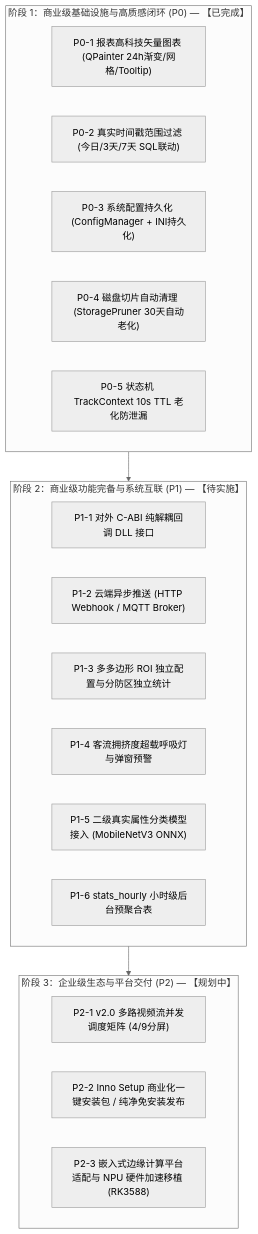
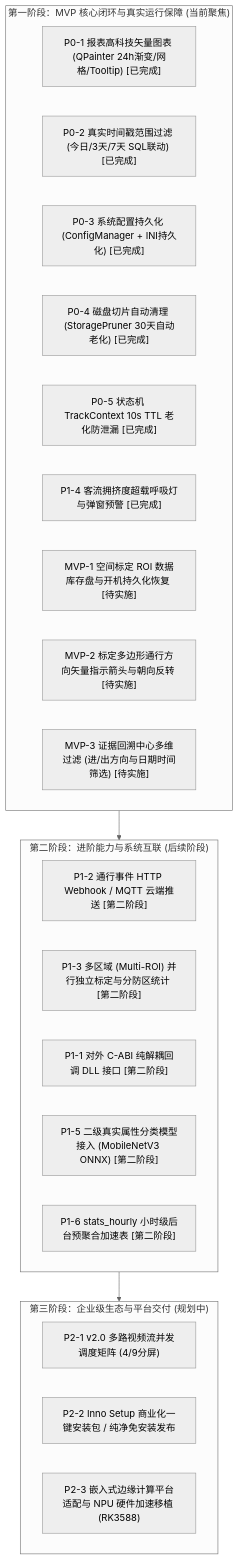
One commit to huangjingpei/FlowSight changed the second of 2 diagrams in docs/06-FlowSight_商业化核心功能缺口分析与分期演进路线图.md. Above: the diagram before and after it, drawn with Mermaid (neutral theme). The commit also changed other lines of this file, not shown here.

Commit message:
docs: mark P1-2 and P1-3 as Phase 2 and refine MVP phase boundary

````diff
--- a/docs/06-FlowSight_商业化核心功能缺口分析与分期演进路线图.md
+++ b/docs/06-FlowSight_商业化核心功能缺口分析与分期演进路线图.md
@@ -131,28 +131,31 @@
 ```mermaid
 graph TD
-    subgraph P0["阶段 1：商业级基础设施与高质感闭环 (P0) — 【已完成】"]
-        P0_1["P0-1 报表高科技矢量图表 (QPainter 24h渐变/网格/Tooltip)"]
-        P0_2["P0-2 真实时间戳范围过滤 (今日/3天/7天 SQL联动)"]
-        P0_3["P0-3 系统配置持久化 (ConfigManager + INI持久化)"]
-        P0_4["P0-4 磁盘切片自动清理 (StoragePruner 30天自动老化)"]
-        P0_5["P0-5 状态机 TrackContext 10s TTL 老化防泄漏"]
+    subgraph Phase1["第一阶段：MVP 核心闭环与真实运行保障 (当前聚焦)"]
+        P0_1["P0-1 报表高科技矢量图表 (QPainter 24h渐变/网格/Tooltip) [已完成]"]
+        P0_2["P0-2 真实时间戳范围过滤 (今日/3天/7天 SQL联动) [已完成]"]
+        P0_3["P0-3 系统配置持久化 (ConfigManager + INI持久化) [已完成]"]
+        P0_4["P0-4 磁盘切片自动清理 (StoragePruner 30天自动老化) [已完成]"]
+        P0_5["P0-5 状态机 TrackContext 10s TTL 老化防泄漏 [已完成]"]
+        P1_4["P1-4 客流拥挤度超载呼吸灯与弹窗预警 [已完成]"]
+        MVP_1["MVP-1 空间标定 ROI 数据库存盘与开机持久化恢复 [待实施]"]
+        MVP_2["MVP-2 标定多边形通行方向矢量指示箭头与朝向反转 [待实施]"]
+        MVP_3["MVP-3 证据回溯中心多维过滤 (进/出方向与日期时间筛选) [待实施]"]
     end
 
-    subgraph P1["阶段 2：商业级功能完备与系统互联 (P1) — 【待实施】"]
-        P1_1["P1-1 对外 C-ABI 纯解耦回调 DLL 接口"]
-        P1_2["P1-2 云端异步推送 (HTTP Webhook / MQTT Broker)"]
-        P1_3["P1-3 多多边形 ROI 独立配置与分防区独立统计"]
-        P1_4["P1-4 客流拥挤度超载呼吸灯与弹窗预警"]
-        P1_5["P1-5 二级真实属性分类模型接入 (MobileNetV3 ONNX)"]
-        P1_6["P1-6 stats_hourly 小时级后台预聚合表"]
+    subgraph Phase2["第二阶段：进阶能力与系统互联 (后续阶段)"]
+        P1_2["P1-2 通行事件 HTTP Webhook / MQTT 云端推送 [第二阶段]"]
+        P1_3["P1-3 多区域 (Multi-ROI) 并行独立标定与分防区统计 [第二阶段]"]
+        P1_1["P1-1 对外 C-ABI 纯解耦回调 DLL 接口 [第二阶段]"]
+        P1_5["P1-5 二级真实属性分类模型接入 (MobileNetV3 ONNX) [第二阶段]"]
+        P1_6["P1-6 stats_hourly 小时级后台预聚合加速表 [第二阶段]"]
     end
 
-    subgraph P2["阶段 3：企业级生态与平台交付 (P2) — 【规划中】"]
+    subgraph Phase3["第三阶段：企业级生态与平台交付 (规划中)"]
         P2_1["P2-1 v2.0 多路视频流并发调度矩阵 (4/9分屏)"]
         P2_2["P2-2 Inno Setup 商业化一键安装包 / 纯净免安装发布"]
         P2_3["P2-3 嵌入式边缘计算平台适配与 NPU 硬件加速移植 (RK3588)"]
     end
 
-    P0 --> P1
-    P1 --> P2
+    Phase1 --> Phase2
+    Phase2 --> Phase3
 ```
````
